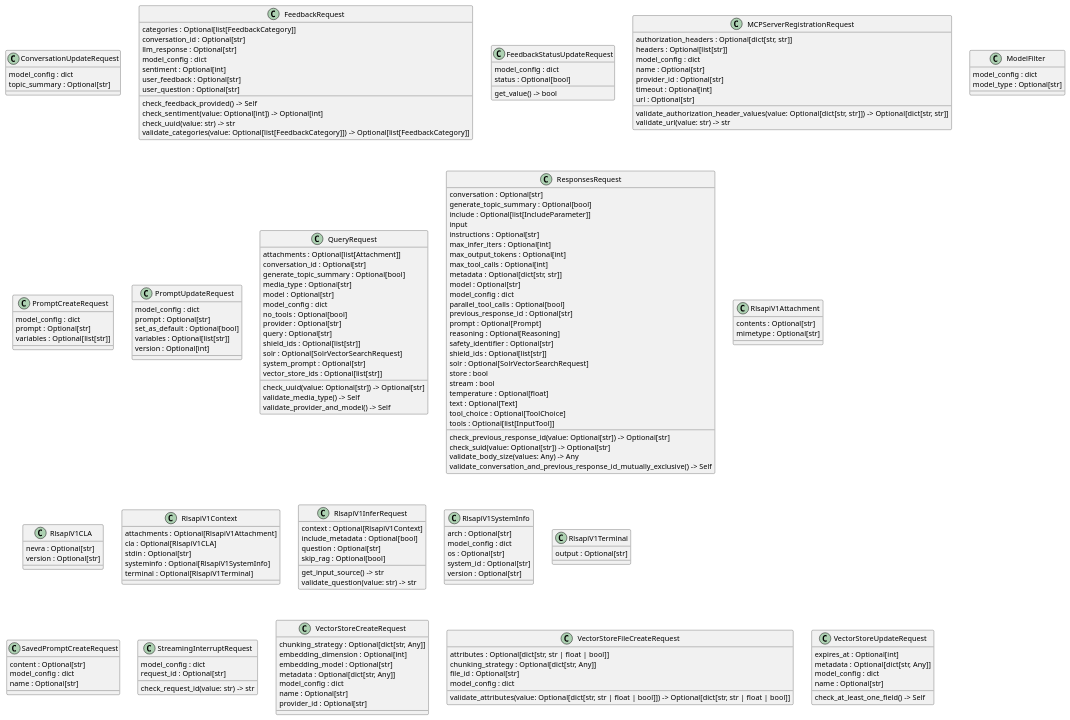
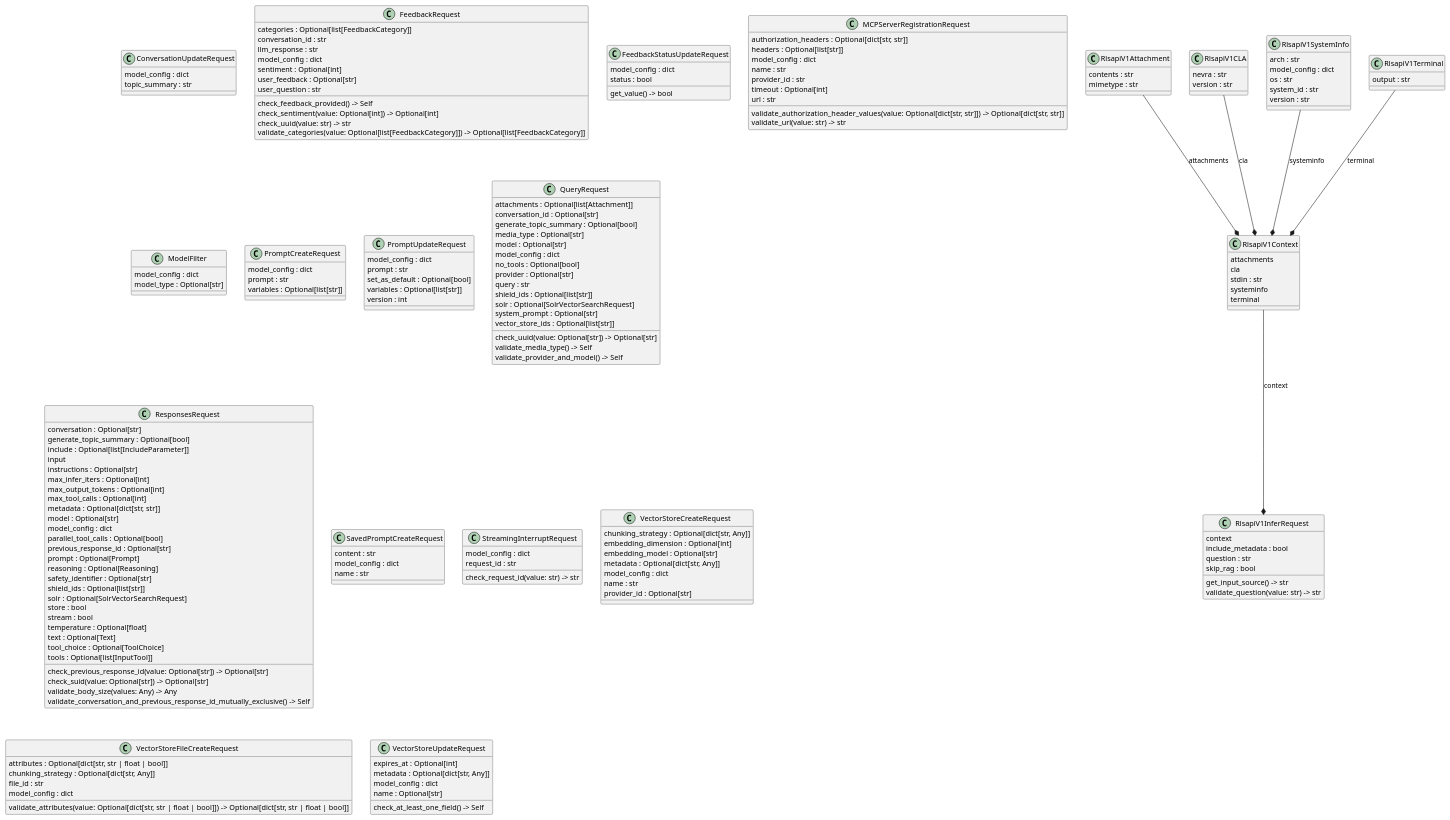
One commit to radofuchs/lightspeed-stack changed the diagram in docs/models/requests.puml. Above: the diagram before and after it, drawn with PlantUML. The commit also changed 7 other files, not shown here.

```diff
--- a/docs/models/requests.puml
+++ b/docs/models/requests.puml
@@ -1,166 +1,171 @@
 @startuml classes
 set namespaceSeparator none
 class "ConversationUpdateRequest" as src.models.api.requests.conversations.ConversationUpdateRequest {
   model_config : dict
-  topic_summary : Optional[str]
+  topic_summary : str
 }
 class "FeedbackRequest" as src.models.api.requests.feedback.FeedbackRequest {
   categories : Optional[list[FeedbackCategory]]
-  conversation_id : Optional[str]
-  llm_response : Optional[str]
+  conversation_id : str
+  llm_response : str
   model_config : dict
   sentiment : Optional[int]
   user_feedback : Optional[str]
-  user_question : Optional[str]
+  user_question : str
   check_feedback_provided() -> Self
   check_sentiment(value: Optional[int]) -> Optional[int]
   check_uuid(value: str) -> str
   validate_categories(value: Optional[list[FeedbackCategory]]) -> Optional[list[FeedbackCategory]]
 }
 class "FeedbackStatusUpdateRequest" as src.models.api.requests.feedback.FeedbackStatusUpdateRequest {
   model_config : dict
-  status : Optional[bool]
+  status : bool
   get_value() -> bool
 }
 class "MCPServerRegistrationRequest" as src.models.api.requests.mcp_servers.MCPServerRegistrationRequest {
   authorization_headers : Optional[dict[str, str]]
   headers : Optional[list[str]]
   model_config : dict
-  name : Optional[str]
-  provider_id : Optional[str]
+  name : str
+  provider_id : str
   timeout : Optional[int]
-  url : Optional[str]
+  url : str
   validate_authorization_header_values(value: Optional[dict[str, str]]) -> Optional[dict[str, str]]
   validate_url(value: str) -> str
 }
 class "ModelFilter" as src.models.api.requests.catalog.ModelFilter {
   model_config : dict
   model_type : Optional[str]
 }
 class "PromptCreateRequest" as src.models.api.requests.prompts.PromptCreateRequest {
   model_config : dict
-  prompt : Optional[str]
+  prompt : str
   variables : Optional[list[str]]
 }
 class "PromptUpdateRequest" as src.models.api.requests.prompts.PromptUpdateRequest {
   model_config : dict
-  prompt : Optional[str]
+  prompt : str
   set_as_default : Optional[bool]
   variables : Optional[list[str]]
-  version : Optional[int]
+  version : int
 }
 class "QueryRequest" as src.models.api.requests.query.QueryRequest {
   attachments : Optional[list[Attachment]]
   conversation_id : Optional[str]
   generate_topic_summary : Optional[bool]
   media_type : Optional[str]
   model : Optional[str]
   model_config : dict
   no_tools : Optional[bool]
   provider : Optional[str]
-  query : Optional[str]
+  query : str
   shield_ids : Optional[list[str]]
   solr : Optional[SolrVectorSearchRequest]
   system_prompt : Optional[str]
   vector_store_ids : Optional[list[str]]
   check_uuid(value: Optional[str]) -> Optional[str]
   validate_media_type() -> Self
   validate_provider_and_model() -> Self
 }
 class "ResponsesRequest" as src.models.api.requests.responses_openai.ResponsesRequest {
   conversation : Optional[str]
   generate_topic_summary : Optional[bool]
   include : Optional[list[IncludeParameter]]
   input
   instructions : Optional[str]
   max_infer_iters : Optional[int]
   max_output_tokens : Optional[int]
   max_tool_calls : Optional[int]
   metadata : Optional[dict[str, str]]
   model : Optional[str]
   model_config : dict
   parallel_tool_calls : Optional[bool]
   previous_response_id : Optional[str]
   prompt : Optional[Prompt]
   reasoning : Optional[Reasoning]
   safety_identifier : Optional[str]
   shield_ids : Optional[list[str]]
   solr : Optional[SolrVectorSearchRequest]
   store : bool
   stream : bool
   temperature : Optional[float]
   text : Optional[Text]
   tool_choice : Optional[ToolChoice]
   tools : Optional[list[InputTool]]
   check_previous_response_id(value: Optional[str]) -> Optional[str]
   check_suid(value: Optional[str]) -> Optional[str]
   validate_body_size(values: Any) -> Any
   validate_conversation_and_previous_response_id_mutually_exclusive() -> Self
 }
 class "RlsapiV1Attachment" as src.models.api.requests.rlsapi.RlsapiV1Attachment {
-  contents : Optional[str]
-  mimetype : Optional[str]
+  contents : str
+  mimetype : str
 }
 class "RlsapiV1CLA" as src.models.api.requests.rlsapi.RlsapiV1CLA {
-  nevra : Optional[str]
-  version : Optional[str]
+  nevra : str
+  version : str
 }
 class "RlsapiV1Context" as src.models.api.requests.rlsapi.RlsapiV1Context {
-  attachments : Optional[RlsapiV1Attachment]
-  cla : Optional[RlsapiV1CLA]
-  stdin : Optional[str]
-  systeminfo : Optional[RlsapiV1SystemInfo]
-  terminal : Optional[RlsapiV1Terminal]
+  attachments
+  cla
+  stdin : str
+  systeminfo
+  terminal
 }
 class "RlsapiV1InferRequest" as src.models.api.requests.rlsapi.RlsapiV1InferRequest {
-  context : Optional[RlsapiV1Context]
-  include_metadata : Optional[bool]
-  question : Optional[str]
-  skip_rag : Optional[bool]
+  context
+  include_metadata : bool
+  question : str
+  skip_rag : bool
   get_input_source() -> str
   validate_question(value: str) -> str
 }
 class "RlsapiV1SystemInfo" as src.models.api.requests.rlsapi.RlsapiV1SystemInfo {
-  arch : Optional[str]
+  arch : str
   model_config : dict
-  os : Optional[str]
-  system_id : Optional[str]
-  version : Optional[str]
+  os : str
+  system_id : str
+  version : str
 }
 class "RlsapiV1Terminal" as src.models.api.requests.rlsapi.RlsapiV1Terminal {
-  output : Optional[str]
+  output : str
 }
 class "SavedPromptCreateRequest" as src.models.api.requests.saved_prompts.SavedPromptCreateRequest {
-  content : Optional[str]
+  content : str
   model_config : dict
-  name : Optional[str]
+  name : str
 }
 class "StreamingInterruptRequest" as src.models.api.requests.query.StreamingInterruptRequest {
   model_config : dict
-  request_id : Optional[str]
+  request_id : str
   check_request_id(value: str) -> str
 }
 class "VectorStoreCreateRequest" as src.models.api.requests.vector_stores.VectorStoreCreateRequest {
   chunking_strategy : Optional[dict[str, Any]]
   embedding_dimension : Optional[int]
   embedding_model : Optional[str]
   metadata : Optional[dict[str, Any]]
   model_config : dict
-  name : Optional[str]
+  name : str
   provider_id : Optional[str]
 }
 class "VectorStoreFileCreateRequest" as src.models.api.requests.vector_stores.VectorStoreFileCreateRequest {
   attributes : Optional[dict[str, str | float | bool]]
   chunking_strategy : Optional[dict[str, Any]]
-  file_id : Optional[str]
+  file_id : str
   model_config : dict
   validate_attributes(value: Optional[dict[str, str | float | bool]]) -> Optional[dict[str, str | float | bool]]
 }
 class "VectorStoreUpdateRequest" as src.models.api.requests.vector_stores.VectorStoreUpdateRequest {
   expires_at : Optional[int]
   metadata : Optional[dict[str, Any]]
   model_config : dict
   name : Optional[str]
   check_at_least_one_field() -> Self
 }
+src.models.api.requests.rlsapi.RlsapiV1Attachment --* src.models.api.requests.rlsapi.RlsapiV1Context : attachments
+src.models.api.requests.rlsapi.RlsapiV1CLA --* src.models.api.requests.rlsapi.RlsapiV1Context : cla
+src.models.api.requests.rlsapi.RlsapiV1Context --* src.models.api.requests.rlsapi.RlsapiV1InferRequest : context
+src.models.api.requests.rlsapi.RlsapiV1SystemInfo --* src.models.api.requests.rlsapi.RlsapiV1Context : systeminfo
+src.models.api.requests.rlsapi.RlsapiV1Terminal --* src.models.api.requests.rlsapi.RlsapiV1Context : terminal
 @enduml
```
